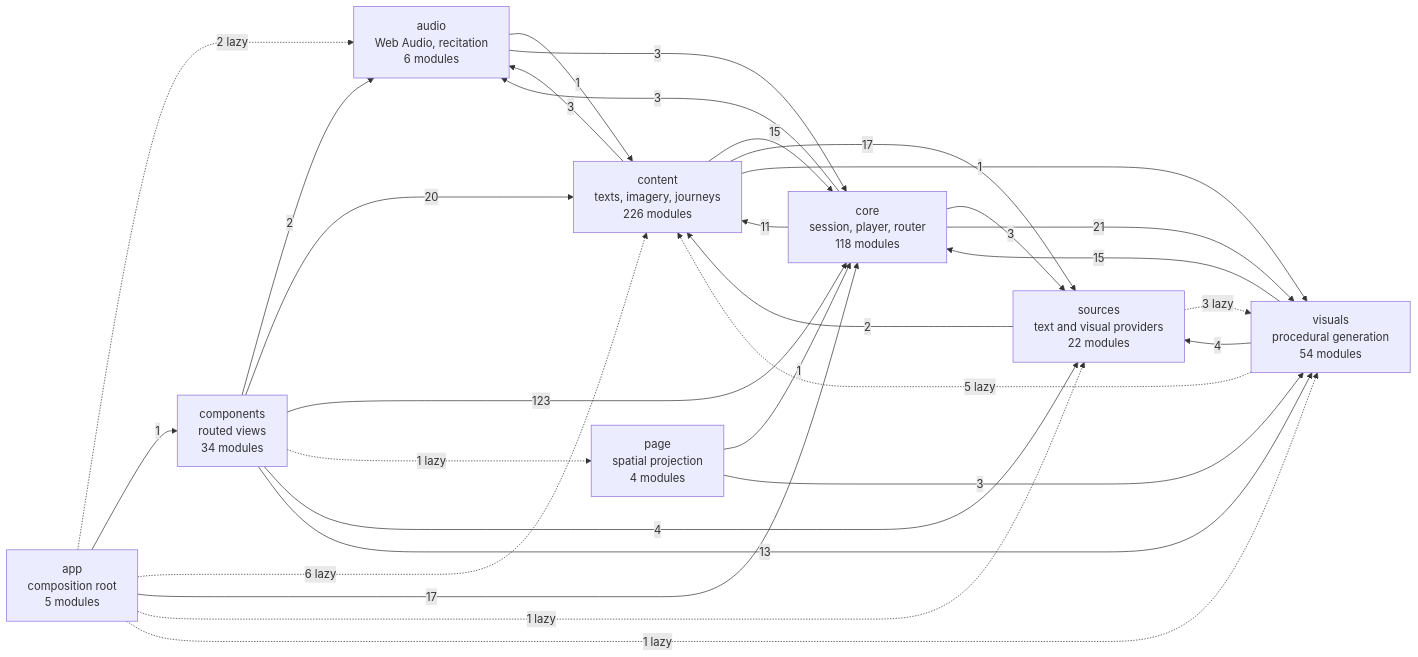
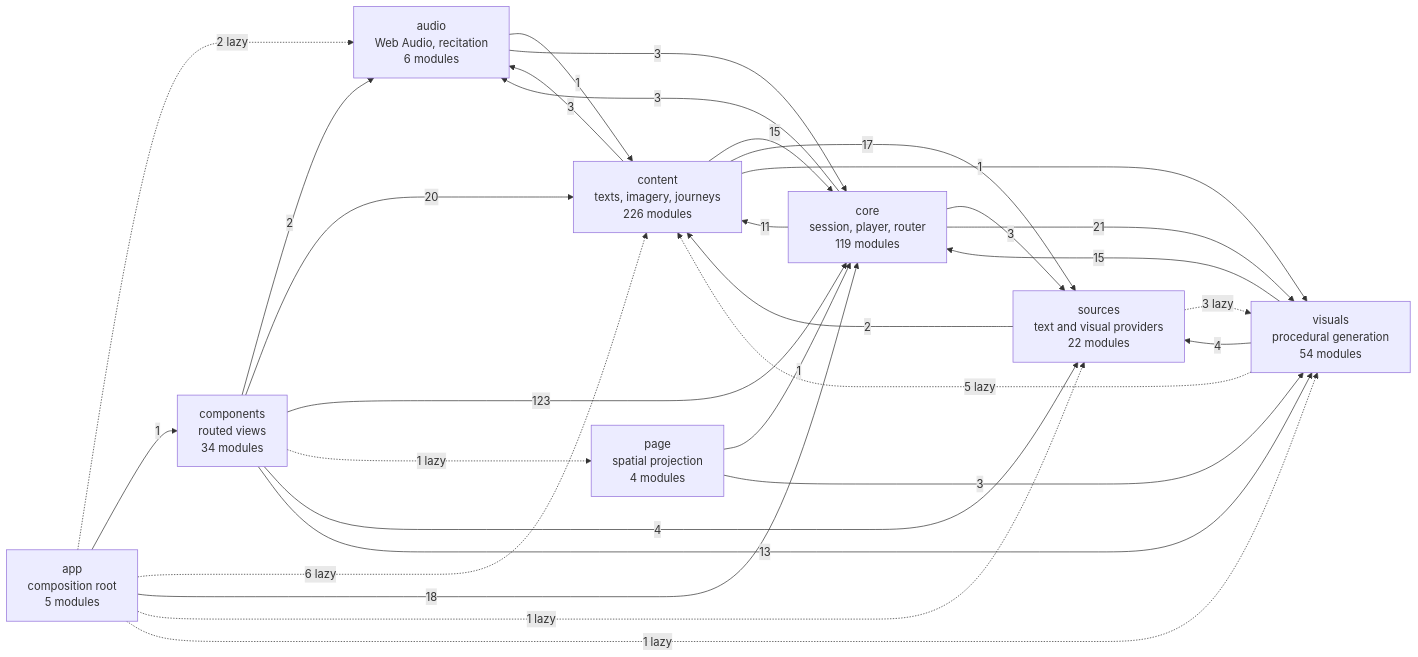
One commit to SyberLabs/RISE changed the diagram in docs/specs/ARCHITECTURE.md. Above: the diagram before and after it, drawn with Mermaid. The commit also changed 5 other files, not shown here.

````diff
--- a/docs/specs/ARCHITECTURE.md
+++ b/docs/specs/ARCHITECTURE.md
@@ -149,41 +149,41 @@
 ```mermaid
 flowchart LR
     app["app<br/>composition root<br/>5 modules"]
     audio["audio<br/>Web Audio, recitation<br/>6 modules"]
     components["components<br/>routed views<br/>34 modules"]
     content["content<br/>texts, imagery, journeys<br/>226 modules"]
-    core["core<br/>session, player, router<br/>118 modules"]
+    core["core<br/>session, player, router<br/>119 modules"]
     page["page<br/>spatial projection<br/>4 modules"]
     sources["sources<br/>text and visual providers<br/>22 modules"]
     visuals["visuals<br/>procedural generation<br/>54 modules"]
 
     app -.-> |2 lazy| audio
     app --> |1| components
     app -.-> |6 lazy| content
-    app --> |17| core
+    app --> |18| core
     app -.-> |1 lazy| sources
     app -.-> |1 lazy| visuals
     audio --> |1| content
     audio --> |3| core
     components --> |2| audio
     components --> |20| content
     components --> |123| core
     components -.-> |1 lazy| page
     components --> |4| sources
     components --> |13| visuals
     content --> |3| audio
     content --> |15| core
     content --> |17| sources
     content --> |1| visuals
     core --> |3| audio
     core --> |11| content
     core --> |3| sources
     core --> |21| visuals
     page --> |1| core
     page --> |3| visuals
     sources --> |2| content
     sources -.-> |3 lazy| visuals
     visuals -.-> |5 lazy| content
     visuals --> |15| core
     visuals --> |4| sources
 ```
````
